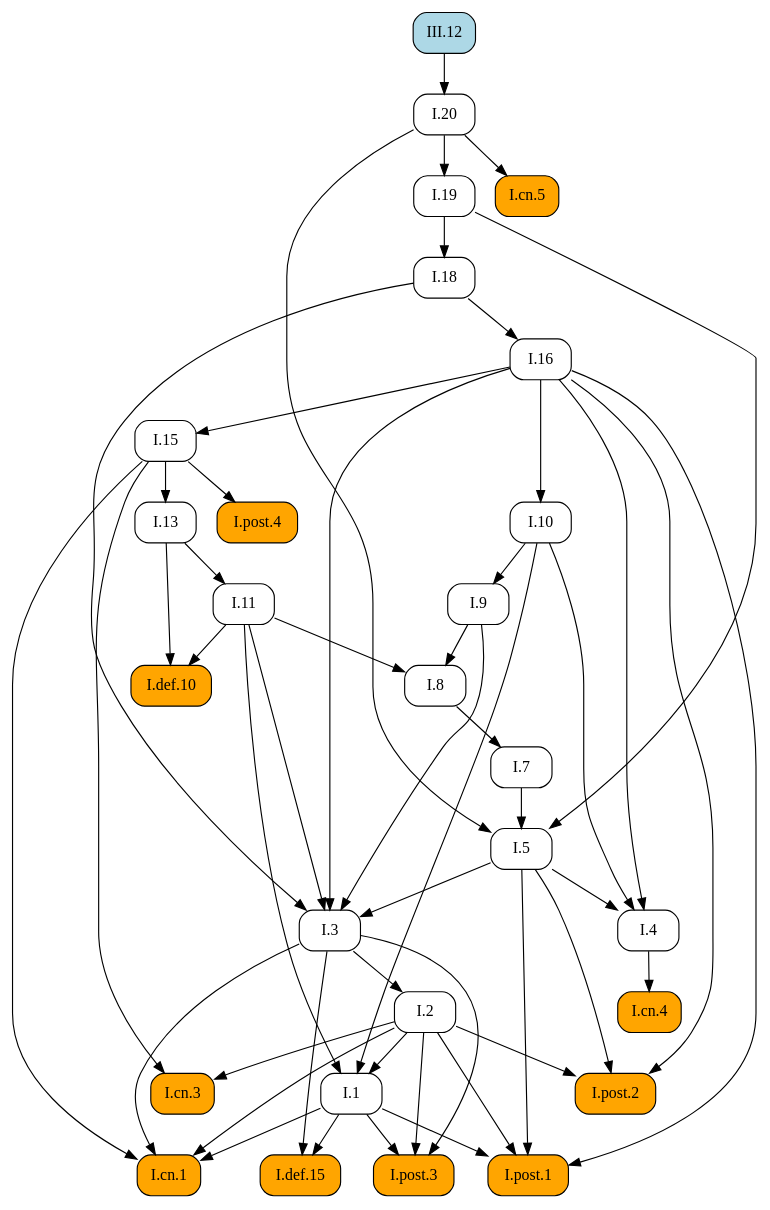
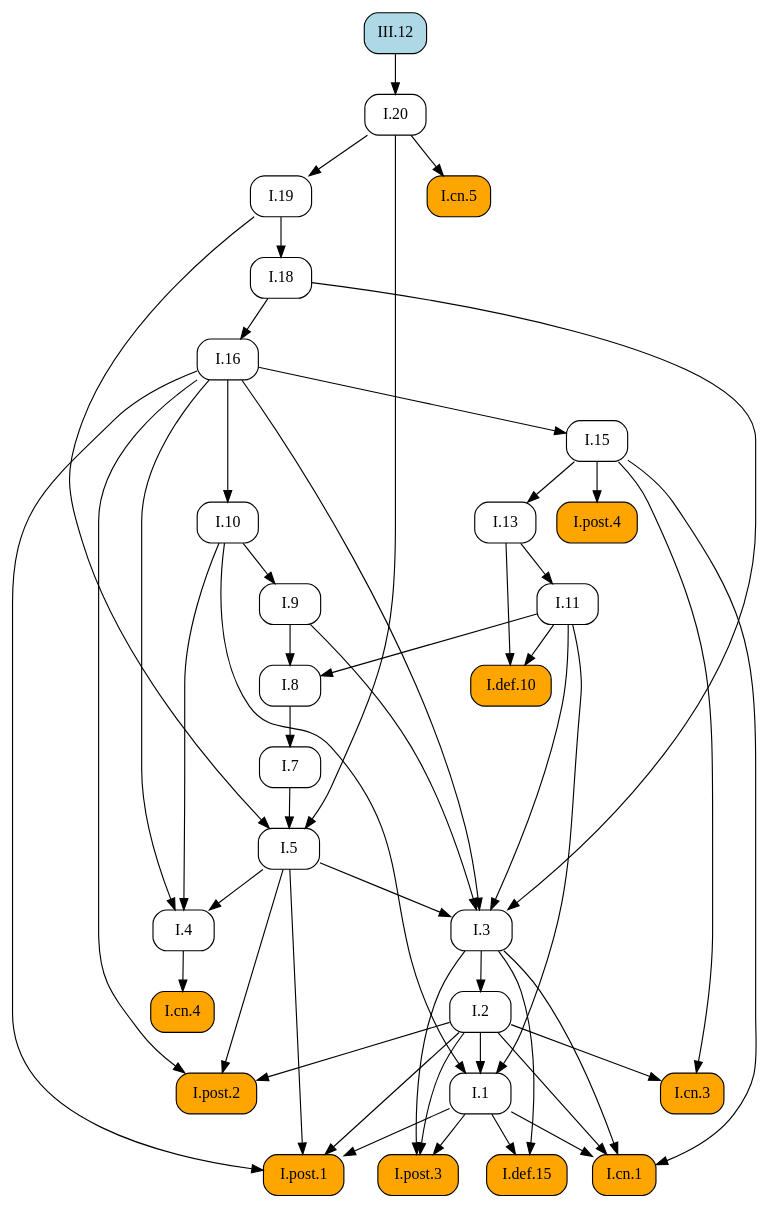
Before and after one commit to geometor/elements: the diagram in docsrc/elements2/III/12/index.rst, drawn with Graphviz. The commit also changed other lines of this file and 409 other files, not shown here.

First line of the commit message:
feat: Add image cropping and graphic extraction script

```diff
--- a/docsrc/elements2/III/12/index.rst
+++ b/docsrc/elements2/III/12/index.rst
@@ -67,81 +67,81 @@
    digraph {
      rankdir="TB";
      node [shape=box, style=rounded];
+     "I.def.15" [style="rounded,filled", fillcolor=orange, URL="/elements2/I/def.15/", target="_top"];
+     "I.19" [URL="/elements2/I/19/", target="_top"];
+     "I.18" [URL="/elements2/I/18/", target="_top"];
+     "I.11" [URL="/elements2/I/11/", target="_top"];
+     "I.def.10" [style="rounded,filled", fillcolor=orange, URL="/elements2/I/def.10/", target="_top"];
      "I.8" [URL="/elements2/I/8/", target="_top"];
-     "I.19" [URL="/elements2/I/19/", target="_top"];
+     "I.5" [URL="/elements2/I/5/", target="_top"];
+     "I.15" [URL="/elements2/I/15/", target="_top"];
+     "I.3" [URL="/elements2/I/3/", target="_top"];
      "III.12" [style="rounded,filled", fillcolor=lightblue, URL="/elements2/III/12/", target="_top"];
+     "I.10" [URL="/elements2/I/10/", target="_top"];
+     "I.cn.3" [style="rounded,filled", fillcolor=orange, URL="/elements2/I/cn.3/", target="_top"];
+     "I.cn.1" [style="rounded,filled", fillcolor=orange, URL="/elements2/I/cn.1/", target="_top"];
+     "I.cn.5" [style="rounded,filled", fillcolor=orange, URL="/elements2/I/cn.5/", target="_top"];
+     "I.13" [URL="/elements2/I/13/", target="_top"];
+     "I.post.3" [style="rounded,filled", fillcolor=orange, URL="/elements2/I/post.3/", target="_top"];
+     "I.4" [URL="/elements2/I/4/", target="_top"];
+     "I.7" [URL="/elements2/I/7/", target="_top"];
+     "I.9" [URL="/elements2/I/9/", target="_top"];
+     "I.16" [URL="/elements2/I/16/", target="_top"];
+     "I.post.1" [style="rounded,filled", fillcolor=orange, URL="/elements2/I/post.1/", target="_top"];
+     "I.2" [URL="/elements2/I/2/", target="_top"];
+     "I.cn.4" [style="rounded,filled", fillcolor=orange, URL="/elements2/I/cn.4/", target="_top"];
+     "I.post.4" [style="rounded,filled", fillcolor=orange, URL="/elements2/I/post.4/", target="_top"];
      "I.1" [URL="/elements2/I/1/", target="_top"];
-     "I.cn.4" [style="rounded,filled", fillcolor=orange, URL="/elements2/I/cn.4/", target="_top"];
-     "I.cn.3" [style="rounded,filled", fillcolor=orange, URL="/elements2/I/cn.3/", target="_top"];
-     "I.7" [URL="/elements2/I/7/", target="_top"];
-     "I.post.1" [style="rounded,filled", fillcolor=orange, URL="/elements2/I/post.1/", target="_top"];
-     "I.9" [URL="/elements2/I/9/", target="_top"];
-     "I.5" [URL="/elements2/I/5/", target="_top"];
-     "I.cn.1" [style="rounded,filled", fillcolor=orange, URL="/elements2/I/cn.1/", target="_top"];
-     "I.16" [URL="/elements2/I/16/", target="_top"];
-     "I.def.10" [style="rounded,filled", fillcolor=orange, URL="/elements2/I/def.10/", target="_top"];
-     "I.18" [URL="/elements2/I/18/", target="_top"];
-     "I.13" [URL="/elements2/I/13/", target="_top"];
-     "I.post.4" [style="rounded,filled", fillcolor=orange, URL="/elements2/I/post.4/", target="_top"];
-     "I.2" [URL="/elements2/I/2/", target="_top"];
-     "I.def.15" [style="rounded,filled", fillcolor=orange, URL="/elements2/I/def.15/", target="_top"];
-     "I.cn.5" [style="rounded,filled", fillcolor=orange, URL="/elements2/I/cn.5/", target="_top"];
-     "I.4" [URL="/elements2/I/4/", target="_top"];
-     "I.11" [URL="/elements2/I/11/", target="_top"];
-     "I.10" [URL="/elements2/I/10/", target="_top"];
-     "I.15" [URL="/elements2/I/15/", target="_top"];
      "I.20" [URL="/elements2/I/20/", target="_top"];
-     "I.3" [URL="/elements2/I/3/", target="_top"];
      "I.post.2" [style="rounded,filled", fillcolor=orange, URL="/elements2/I/post.2/", target="_top"];
-     "I.post.3" [style="rounded,filled", fillcolor=orange, URL="/elements2/I/post.3/", target="_top"];
+     "I.1" -> "I.def.15";
+     "I.3" -> "I.def.15";
+     "I.20" -> "I.19";
+     "I.19" -> "I.18";
+     "I.13" -> "I.11";
+     "I.11" -> "I.def.10";
+     "I.13" -> "I.def.10";
      "I.9" -> "I.8";
      "I.11" -> "I.8";
-     "I.20" -> "I.19";
-     "I.2" -> "I.1";
-     "I.10" -> "I.1";
-     "I.11" -> "I.1";
-     "I.4" -> "I.cn.4";
-     "I.2" -> "I.cn.3";
-     "I.15" -> "I.cn.3";
-     "I.8" -> "I.7";
-     "I.1" -> "I.post.1";
-     "I.2" -> "I.post.1";
-     "I.5" -> "I.post.1";
-     "I.16" -> "I.post.1";
-     "I.10" -> "I.9";
      "I.7" -> "I.5";
      "I.19" -> "I.5";
      "I.20" -> "I.5";
-     "I.1" -> "I.cn.1";
-     "I.2" -> "I.cn.1";
-     "I.3" -> "I.cn.1";
-     "I.15" -> "I.cn.1";
-     "I.18" -> "I.16";
-     "I.11" -> "I.def.10";
-     "I.13" -> "I.def.10";
-     "I.19" -> "I.18";
-     "I.15" -> "I.13";
-     "I.15" -> "I.post.4";
-     "I.3" -> "I.2";
-     "I.1" -> "I.def.15";
-     "I.3" -> "I.def.15";
-     "I.20" -> "I.cn.5";
-     "I.5" -> "I.4";
-     "I.10" -> "I.4";
-     "I.16" -> "I.4";
-     "I.13" -> "I.11";
-     "I.16" -> "I.10";
      "I.16" -> "I.15";
-     "III.12" -> "I.20";
      "I.5" -> "I.3";
      "I.9" -> "I.3";
      "I.11" -> "I.3";
      "I.16" -> "I.3";
      "I.18" -> "I.3";
+     "I.16" -> "I.10";
+     "I.2" -> "I.cn.3";
+     "I.15" -> "I.cn.3";
+     "I.1" -> "I.cn.1";
+     "I.2" -> "I.cn.1";
+     "I.3" -> "I.cn.1";
+     "I.15" -> "I.cn.1";
+     "I.20" -> "I.cn.5";
+     "I.15" -> "I.13";
+     "I.1" -> "I.post.3";
+     "I.2" -> "I.post.3";
+     "I.3" -> "I.post.3";
+     "I.5" -> "I.4";
+     "I.10" -> "I.4";
+     "I.16" -> "I.4";
+     "I.8" -> "I.7";
+     "I.10" -> "I.9";
+     "I.18" -> "I.16";
+     "I.1" -> "I.post.1";
+     "I.2" -> "I.post.1";
+     "I.5" -> "I.post.1";
+     "I.16" -> "I.post.1";
+     "I.3" -> "I.2";
+     "I.4" -> "I.cn.4";
+     "I.15" -> "I.post.4";
+     "I.2" -> "I.1";
+     "I.10" -> "I.1";
+     "I.11" -> "I.1";
+     "III.12" -> "I.20";
      "I.2" -> "I.post.2";
      "I.5" -> "I.post.2";
      "I.16" -> "I.post.2";
-     "I.1" -> "I.post.3";
-     "I.2" -> "I.post.3";
-     "I.3" -> "I.post.3";
    }
```
